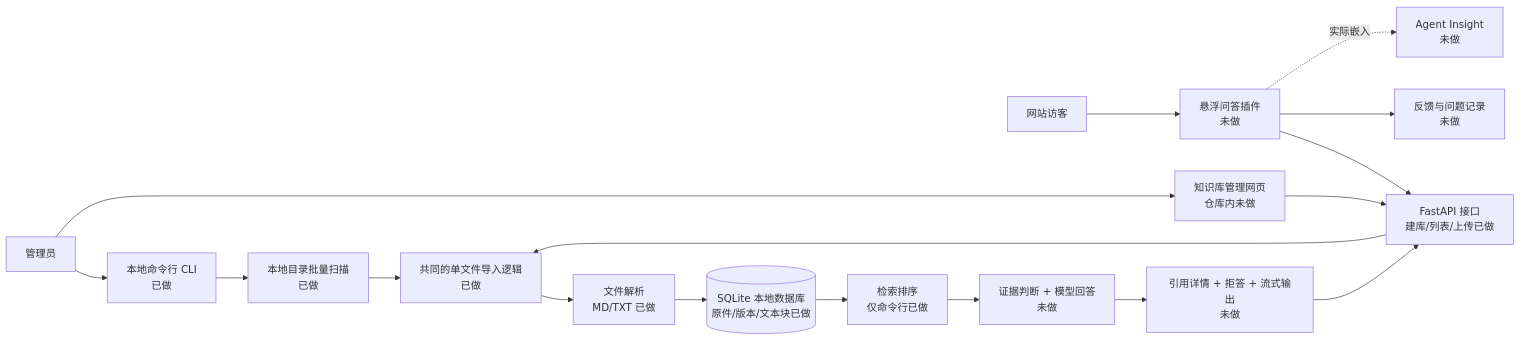
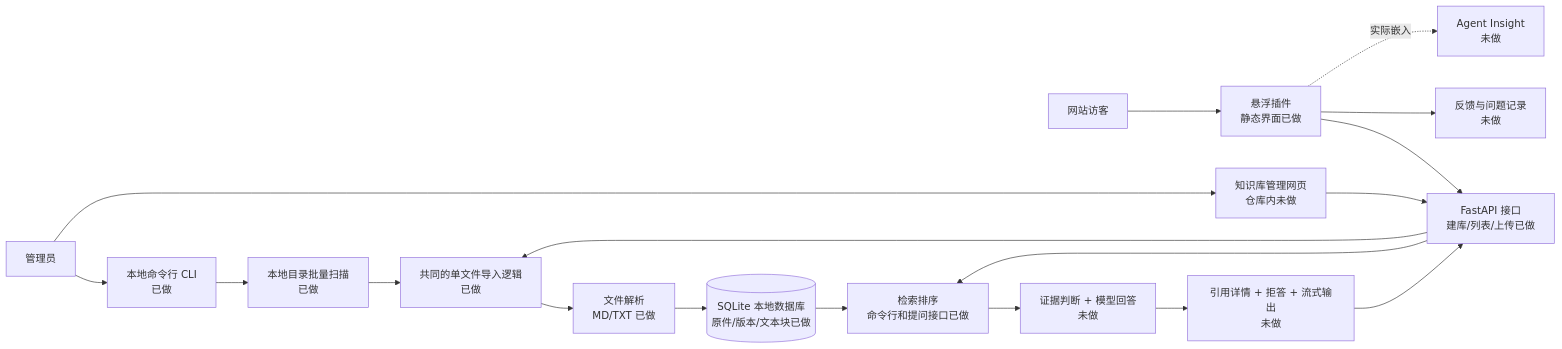
Before and after one commit to eggdk/knowledge-assistant: the first of 3 diagrams in docs/learning/00-project-architecture.md, drawn with Mermaid. The commit also changed other lines of this file and 10 other files, not shown here.

````diff
--- a/docs/learning/00-project-architecture.md
+++ b/docs/learning/00-project-architecture.md
@@ -13,19 +13,20 @@
 ```mermaid
 flowchart LR
     A[管理员] --> CLI[本地命令行 CLI<br/>已做]
     A --> M[知识库管理网页<br/>仓库内未做]
-    V[网站访客] --> W[悬浮问答插件<br/>未做]
+    V[网站访客] --> W[悬浮插件<br/>静态界面已做]
     M --> API[FastAPI 接口<br/>建库/列表/上传已做]
     W --> API
     CLI --> B[本地目录批量扫描<br/>已做]
     B --> I[共同的单文件导入逻辑<br/>已做]
     API --> I
     I --> P[文件解析<br/>MD/TXT 已做]
     P --> S[(SQLite 本地数据库<br/>原件/版本/文本块已做)]
-    S --> R[检索排序<br/>仅命令行已做]
+    S --> R[检索排序<br/>命令行和提问接口已做]
+    API --> R
     R --> Q[证据判断 + 模型回答<br/>未做]
     Q --> C[引用详情 + 拒答 + 流式输出<br/>未做]
     C --> API
     W --> F[反馈与问题记录<br/>未做]
     W -.实际嵌入.-> G[Agent Insight<br/>未做]
 ```
````
